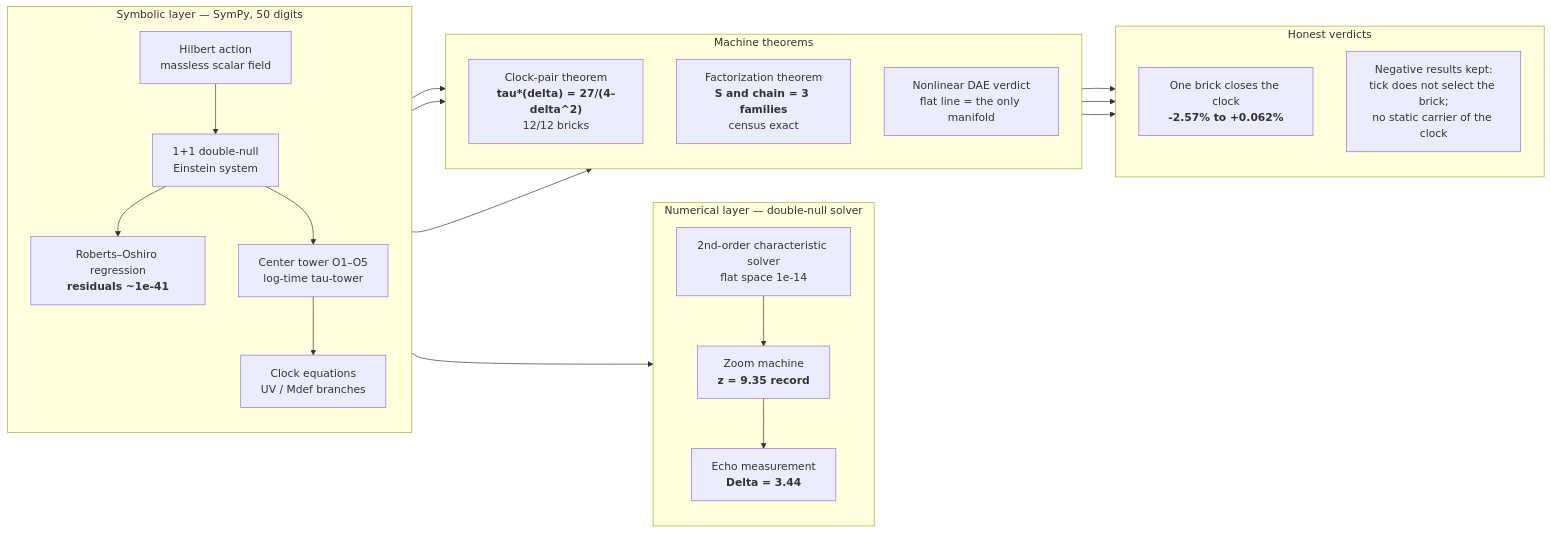
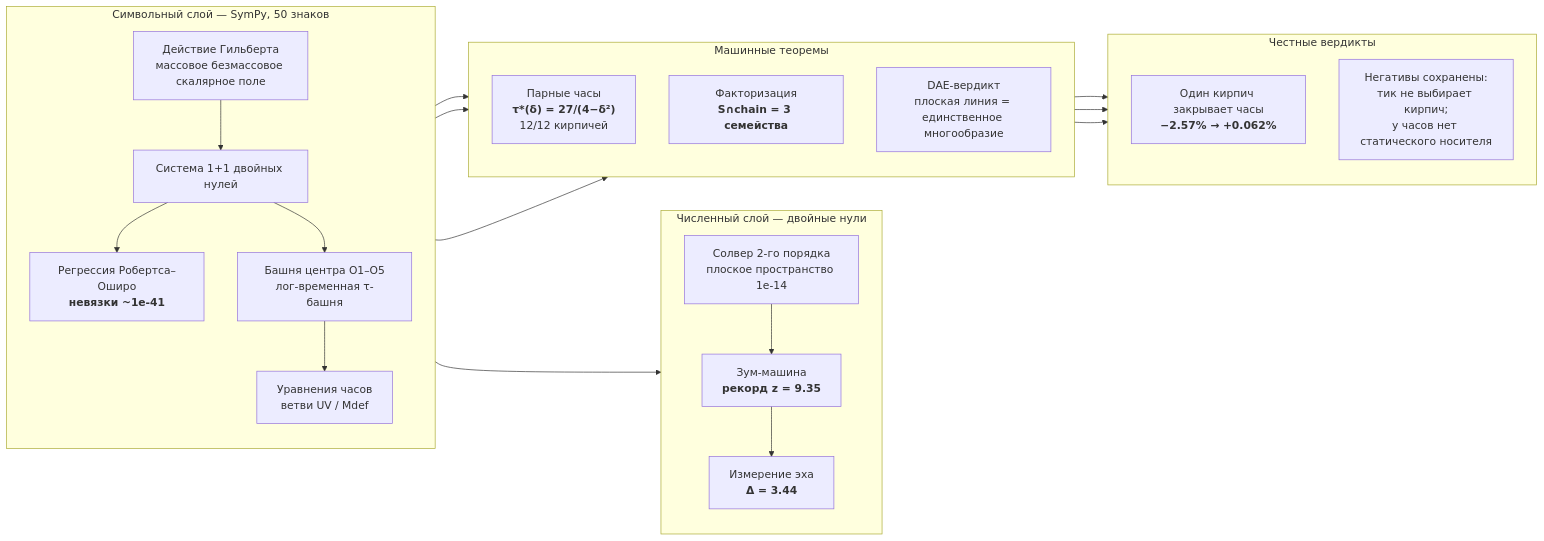
One commit to wild8highlander/choptuik_ac_bc changed the eighth of 9 diagrams in README.md. Above: the diagram before and after it, drawn with Mermaid. The commit also changed other lines of this file and 11 other files, not shown here.

````diff
--- a/README.md
+++ b/README.md
@@ -899,40 +1376,36 @@
 ```mermaid
 flowchart LR
-    subgraph Symbolic["Symbolic layer — SymPy, 50 digits"]
+    subgraph Symbolic["Символьный слой — SymPy, 50 знаков"]
         direction TB
-        HIL["Hilbert action<br/>massless scalar field"]
-        EIN["1+1 double-null<br/>Einstein system"]
-        ROB["Roberts–Oshiro regression<br/><b>residuals ~1e-41</b>"]
-        TOW["Center tower O1–O5<br/>log-time tau-tower"]
-        CLK["Clock equations<br/>UV / Mdef branches"]
+        HIL["Действие Гильберта<br/>массовое безмассовое скалярное поле"]
+        EIN["Система 1+1 двойных нулей"]
+        ROB["Регрессия Робертса–Оширо<br/><b>невязки ~1e-41</b>"]
+        TOW["Башня центра O1–O5<br/>лог-временная τ-башня"]
+        CLK["Уравнения часов<br/>ветви UV / Mdef"]
     end
-
-    subgraph Numerical["Numerical layer — double-null solver"]
+    subgraph Numerical["Численный слой — двойные нули"]
         direction TB
-        SOL["2nd-order characteristic solver<br/>flat space 1e-14"]
-        ZM["Zoom machine<br/><b>z = 9.35 record</b>"]
-        ECH["Echo measurement<br/><b>Delta = 3.44</b>"]
+        SOL["Солвер 2-го порядка<br/>плоское пространство 1e-14"]
+        ZM["Зум-машина<br/><b>рекорд z = 9.35</b>"]
+        ECH["Измерение эха<br/><b>Δ = 3.44</b>"]
     end
-
-    subgraph Theorems["Machine theorems"]
+    subgraph Theorems["Машинные теоремы"]
         direction TB
-        CPT["Clock-pair theorem<br/><b>tau*(delta) = 27/(4-delta^2)</b><br/>12/12 bricks"]
-        FAC["Factorization theorem<br/><b>S and chain = 3 families</b><br/>census exact"]
-        DAE["Nonlinear DAE verdict<br/>flat line = the only manifold"]
+        CPT["Парные часы<br/><b>τ*(δ) = 27/(4−δ²)</b><br/>12/12 кирпичей"]
+        FAC["Факторизация<br/><b>S∩chain = 3 семейства</b>"]
+        DAE["DAE-вердикт<br/>плоская линия = единственное многообразие"]
     end
-
-    subgraph Verdicts["Honest verdicts"]
+    subgraph Verdicts["Честные вердикты"]
         direction TB
-        BRK["One brick closes the clock<br/><b>-2.57% to +0.062%</b>"]
-        NEG["Negative results kept:<br/>tick does not select the brick;<br/>no static carrier of the clock"]
+        BRK["Один кирпич закрывает часы<br/><b>−2.57% → +0.062%</b>"]
+        NEG["Негативы сохранены:<br/>тик не выбирает кирпич;<br/>у часов нет статического носителя"]
     end
-
     HIL --> EIN --> ROB
     EIN --> SOL --> ZM --> ECH
     EIN --> TOW --> CLK --> CPT
     TOW --> DAE
     CLK --> FAC
     CPT --> BRK
     FAC --> NEG
     DAE --> NEG
 ```
````
